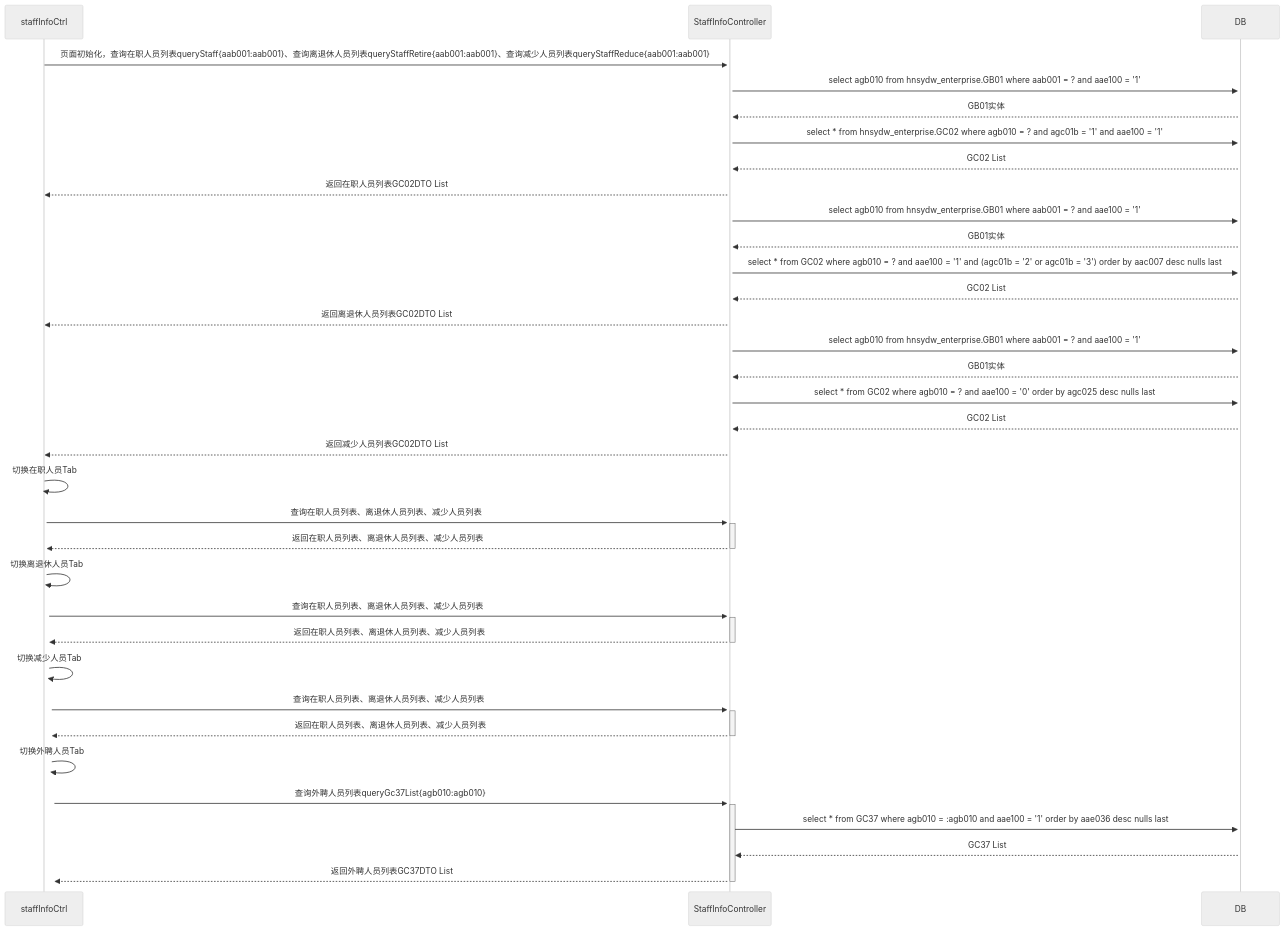
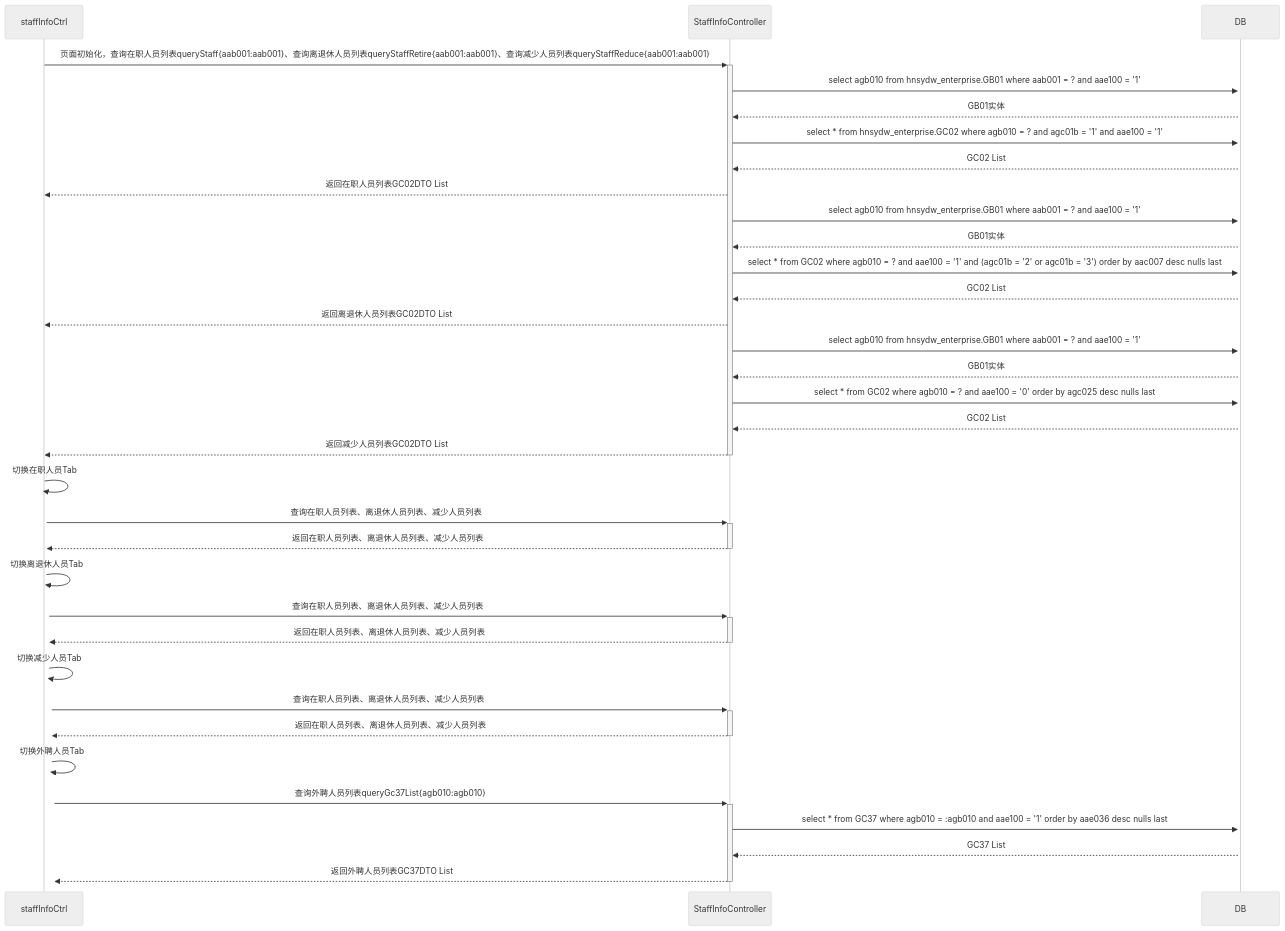
One commit to ZhangJianBeiJing/iodraw-files changed the diagram in all/人员基本信息初始化页面多Tab调用业务流程.md. Above: the diagram before and after it, drawn with Mermaid (neutral theme).

Commit message:
2025-03-25 11:03:27 update

````diff
--- a/all/人员基本信息初始化页面多Tab调用业务流程.md
+++ b/all/人员基本信息初始化页面多Tab调用业务流程.md
@@ -1,37 +1,37 @@
 ```mermaid
 sequenceDiagram
     staffInfoCtrl->>+StaffInfoController:页面初始化，查询在职人员列表queryStaff{aab001:aab001}、查询离退休人员列表queryStaffRetire{aab001:aab001}、查询减少人员列表queryStaffReduce{aab001:aab001}
     
     StaffInfoController->>+DB:select agb010 from hnsydw_enterprise.GB01 where aab001 = ? and aae100 = '1'
     DB-->>StaffInfoController:GB01实体
     StaffInfoController->>+DB:select * from hnsydw_enterprise.GC02 where agb010 = ? and agc01b = '1' and aae100 = '1'
     DB-->>StaffInfoController:GC02 List
     StaffInfoController-->>staffInfoCtrl:返回在职人员列表GC02DTO List
     
     StaffInfoController->>+DB:select agb010 from hnsydw_enterprise.GB01 where aab001 = ? and aae100 = '1'
     DB-->>StaffInfoController:GB01实体
     StaffInfoController->>+DB:select * from GC02 where agb010 = ? and aae100 = '1' and (agc01b = '2' or agc01b = '3') order by aac007 desc nulls last 
     DB-->>StaffInfoController:GC02 List
     StaffInfoController-->>staffInfoCtrl:返回离退休人员列表GC02DTO List
 
     StaffInfoController->>+DB:select agb010 from hnsydw_enterprise.GB01 where aab001 = ? and aae100 = '1'
     DB-->>StaffInfoController:GB01实体
     StaffInfoController->>+DB:select * from GC02 where agb010 = ? and aae100 = '0' order by agc025 desc nulls last 
     DB-->>StaffInfoController:GC02 List
-    StaffInfoController-->>staffInfoCtrl:返回减少人员列表GC02DTO List
+    StaffInfoController-->>-staffInfoCtrl:返回减少人员列表GC02DTO List
 
     staffInfoCtrl->>+staffInfoCtrl:切换在职人员Tab
     staffInfoCtrl->>+StaffInfoController:查询在职人员列表、离退休人员列表、减少人员列表
     StaffInfoController-->>-staffInfoCtrl:返回在职人员列表、离退休人员列表、减少人员列表
     staffInfoCtrl->>+staffInfoCtrl:切换离退休人员Tab
     staffInfoCtrl->>+StaffInfoController:查询在职人员列表、离退休人员列表、减少人员列表
     StaffInfoController-->>-staffInfoCtrl:返回在职人员列表、离退休人员列表、减少人员列表
     staffInfoCtrl->>+staffInfoCtrl:切换减少人员Tab
     staffInfoCtrl->>+StaffInfoController:查询在职人员列表、离退休人员列表、减少人员列表
     StaffInfoController-->>-staffInfoCtrl:返回在职人员列表、离退休人员列表、减少人员列表
     staffInfoCtrl->>+staffInfoCtrl:切换外聘人员Tab
     staffInfoCtrl->>+StaffInfoController:查询外聘人员列表queryGc37List{agb010:agb010}
     StaffInfoController->>+DB:select * from GC37 where agb010 = :agb010 and aae100 = '1' order by aae036 desc nulls last
     DB-->>StaffInfoController:GC37 List 
     StaffInfoController-->>-staffInfoCtrl:返回外聘人员列表GC37DTO List
 ```
````
